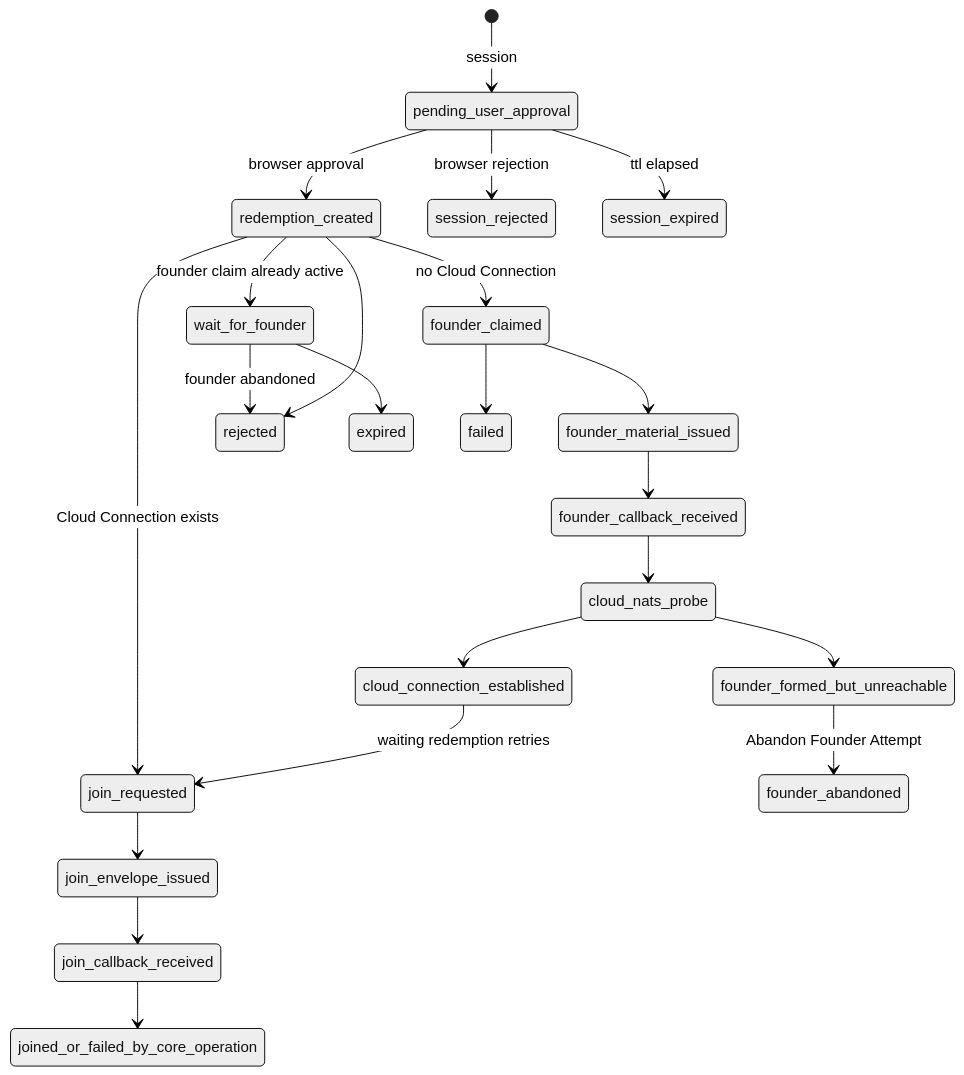
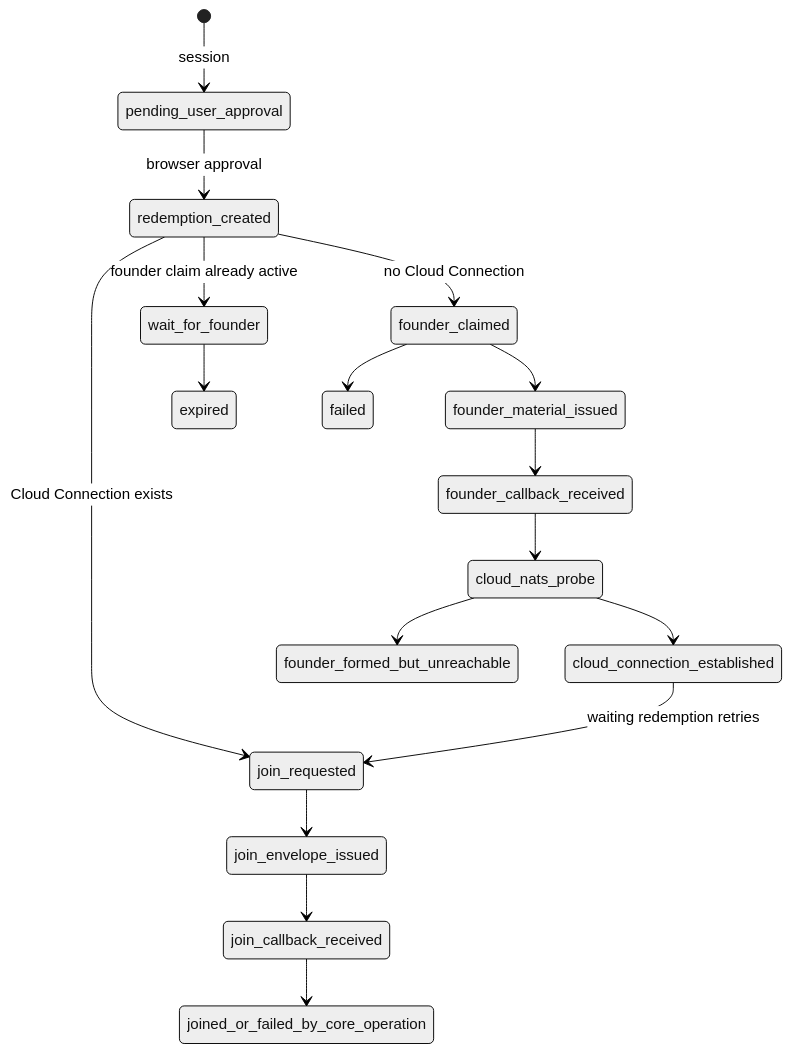
One commit to getployz/ployz changed the third of 3 diagrams in docs/plans/2026-06-26-002-feat-cross-repo-cloud-bootstrap-full-functionality-plan.md. Above: the diagram before and after it, drawn with Mermaid (neutral theme). The commit also changed other lines of this file and 101 other files, not shown here.

````diff
--- a/docs/plans/2026-06-26-002-feat-cross-repo-cloud-bootstrap-full-functionality-plan.md
+++ b/docs/plans/2026-06-26-002-feat-cross-repo-cloud-bootstrap-full-functionality-plan.md
@@ -469,24 +408,19 @@
 ```mermaid
 stateDiagram-v2
   [*] --> pending_user_approval: session
   pending_user_approval --> redemption_created: browser approval
-  pending_user_approval --> session_rejected: browser rejection
-  pending_user_approval --> session_expired: ttl elapsed
   redemption_created --> founder_claimed: no Cloud Connection
   redemption_created --> wait_for_founder: founder claim already active
   redemption_created --> join_requested: Cloud Connection exists
   founder_claimed --> founder_material_issued
   founder_material_issued --> founder_callback_received
   founder_callback_received --> cloud_nats_probe
   cloud_nats_probe --> cloud_connection_established
   cloud_nats_probe --> founder_formed_but_unreachable
-  founder_formed_but_unreachable --> founder_abandoned: Abandon Founder Attempt
   cloud_connection_established --> join_requested: waiting redemption retries
-  wait_for_founder --> rejected: founder abandoned
   join_requested --> join_envelope_issued
   join_envelope_issued --> join_callback_received
   join_callback_received --> joined_or_failed_by_core_operation
-  redemption_created --> rejected
   wait_for_founder --> expired
   founder_claimed --> failed
 ```
````
